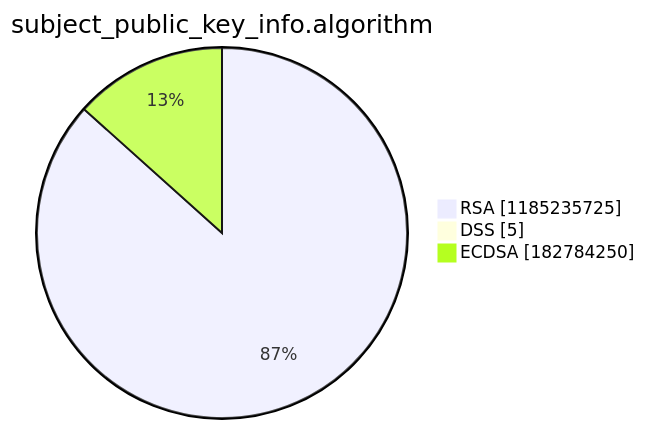
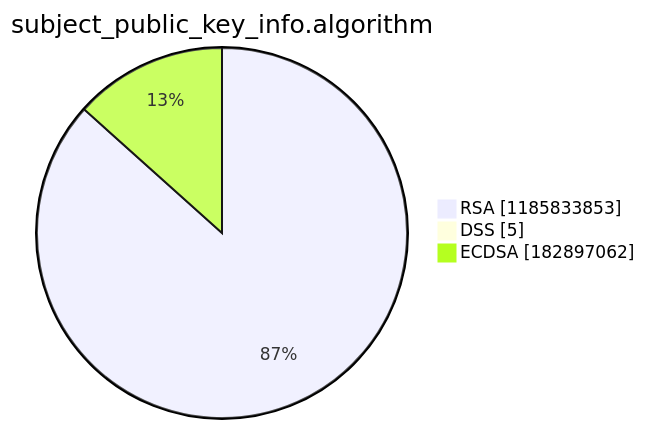
One commit to christiankrug/ctmonitor_visualization changed the third of 15 diagrams in argon2022/README.md. Above: the diagram before and after it, drawn with Mermaid. The commit also changed other lines of this file, not shown here.

````diff
--- a/argon2022/README.md
+++ b/argon2022/README.md
@@ -14,7 +14,7 @@
 ```mermaid
 pie showData
 title subject_public_key_info.algorithm
-"RSA" :1185235725
+"RSA" :1185833853
 "DSS" :5
-"ECDSA" :182784250
+"ECDSA" :182897062
 ```
````
